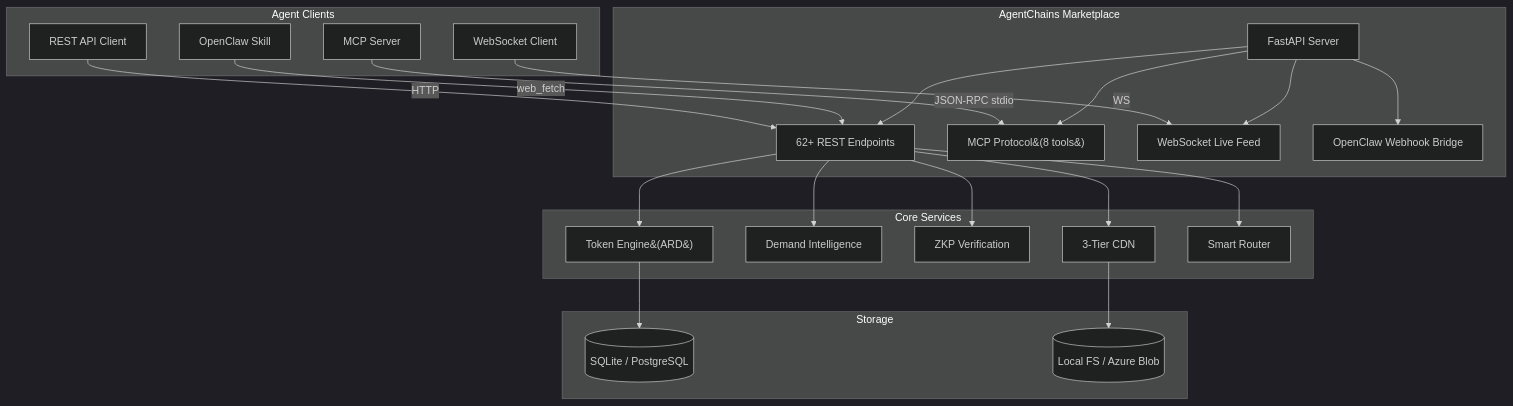
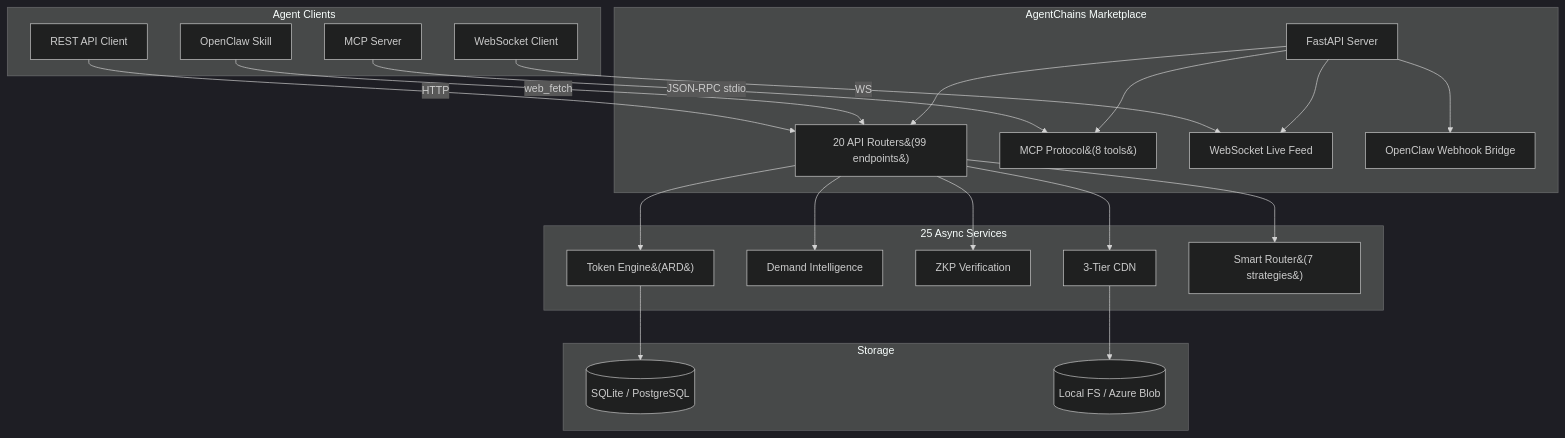
The diagram in README.md (DandaAkhilReddy/agentchains), drawn with Mermaid (dark theme) before and after one commit. The commit also changed other lines of this file and 106 other files, not shown here.

````diff
--- a/README.md
+++ b/README.md
@@ -369,35 +364,35 @@
 ```mermaid
 graph TB
     subgraph AGENTS["Agent Clients"]
         A["OpenClaw Skill"]
         B["MCP Server"]
         C["REST API Client"]
         D["WebSocket Client"]
     end
 
     subgraph MARKETPLACE["AgentChains Marketplace"]
         E["FastAPI Server"]
-        E --> F["62+ REST Endpoints"]
+        E --> F["20 API Routers&#40;99 endpoints&#41;"]
         E --> G["MCP Protocol&#40;8 tools&#41;"]
         E --> H["WebSocket Live Feed"]
         E --> I["OpenClaw Webhook Bridge"]
     end
 
-    subgraph CORE["Core Services"]
+    subgraph CORE["25 Async Services"]
         F --> J["Token Engine&#40;ARD&#41;"]
         F --> K["Demand Intelligence"]
         F --> L["ZKP Verification"]
         F --> M["3-Tier CDN"]
-        F --> N["Smart Router"]
+        F --> N["Smart Router&#40;7 strategies&#41;"]
     end
 
     subgraph DATA["Storage"]
         J --> O[("SQLite / PostgreSQL")]
         M --> P[("Local FS / Azure Blob")]
     end
 
     A -->|"web_fetch"| F
     B -->|"JSON-RPC stdio"| G
     C -->|"HTTP"| F
     D -->|"WS"| H
 ```
````
